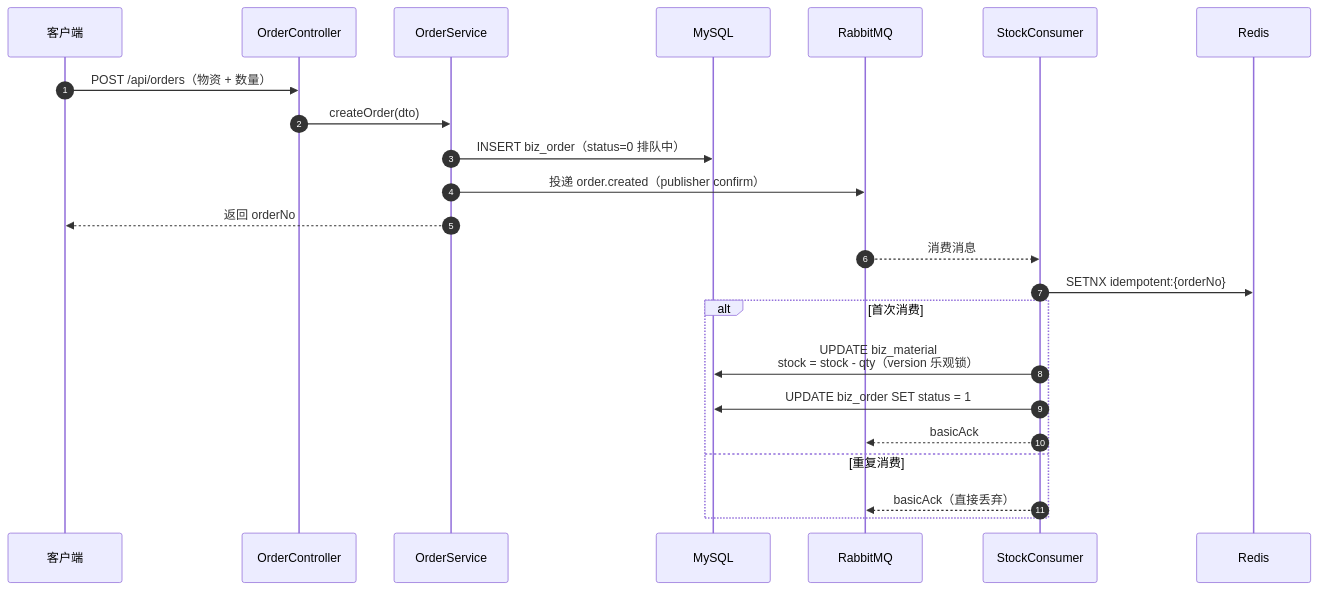
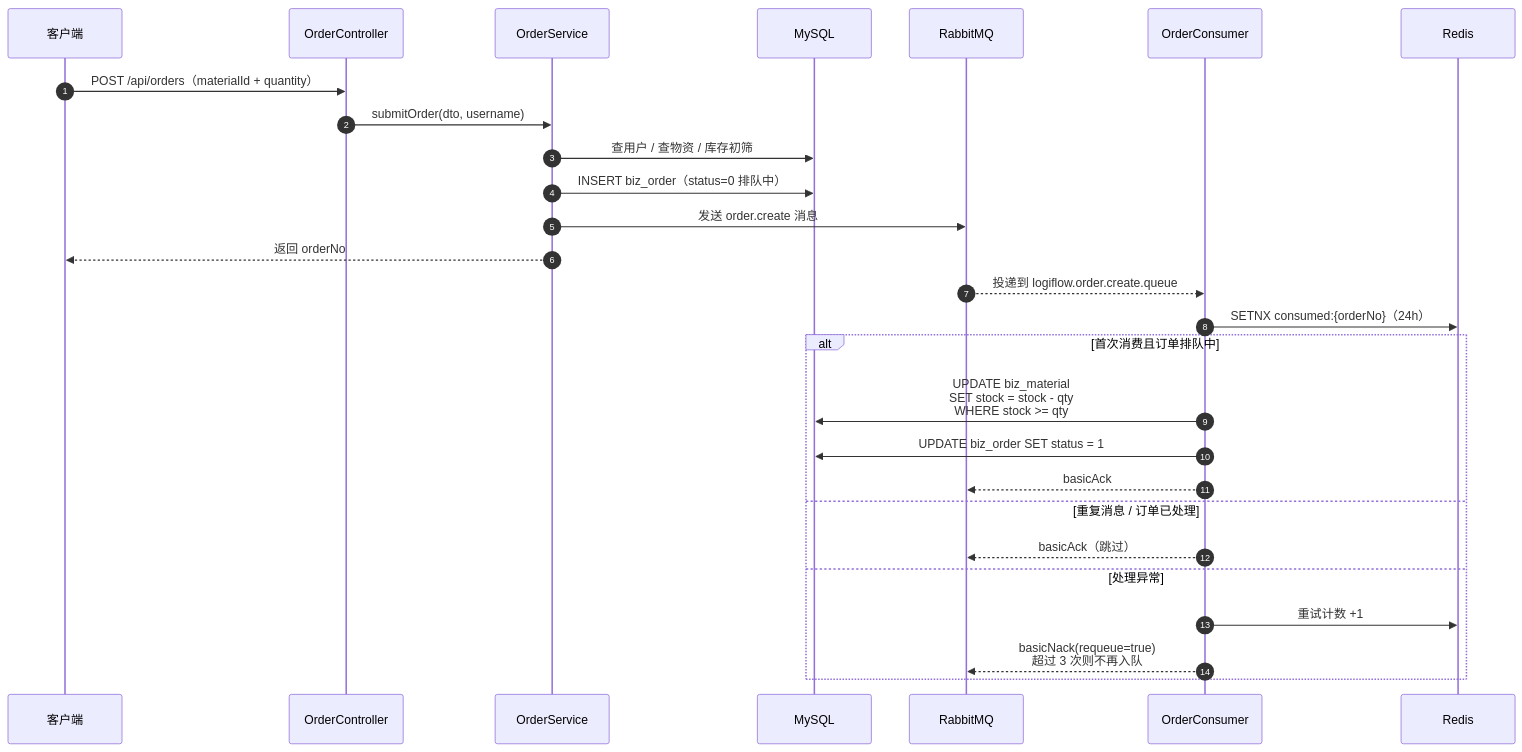
The second of 5 diagrams in README.md (RickShota/logiflow-server), drawn with Mermaid before and after one commit. The commit also changed other lines of this file and 6 other files, not shown here.

````diff
--- a/README.md
+++ b/README.md
@@ -95,26 +93,30 @@
 ```mermaid
 sequenceDiagram
     autonumber
     participant U as 客户端
     participant API as OrderController
     participant SVC as OrderService
     participant DB as MySQL
     participant MQ as RabbitMQ
-    participant CON as StockConsumer
+    participant CON as OrderConsumer
     participant R as Redis
 
-    U->>API: POST /api/orders（物资 + 数量）
-    API->>SVC: createOrder(dto)
+    U->>API: POST /api/orders（materialId + quantity）
+    API->>SVC: submitOrder(dto, username)
+    SVC->>DB: 查用户 / 查物资 / 库存初筛
     SVC->>DB: INSERT biz_order（status=0 排队中）
-    SVC->>MQ: 投递 order.created（publisher confirm）
+    SVC->>MQ: 发送 order.create 消息
     SVC-->>U: 返回 orderNo
-    MQ-->>CON: 消费消息
-    CON->>R: SETNX idempotent:{orderNo}
-    alt 首次消费
-        CON->>DB: UPDATE biz_material<br/>stock = stock - qty（version 乐观锁）
+    MQ-->>CON: 投递到 logiflow.order.create.queue
+    CON->>R: SETNX consumed:{orderNo}（24h）
+    alt 首次消费且订单排队中
+        CON->>DB: UPDATE biz_material<br/>SET stock = stock - qty<br/>WHERE stock >= qty
         CON->>DB: UPDATE biz_order SET status = 1
         CON-->>MQ: basicAck
-    else 重复消费
-        CON-->>MQ: basicAck（直接丢弃）
+    else 重复消息 / 订单已处理
+        CON-->>MQ: basicAck（跳过）
+    else 处理异常
+        CON->>R: 重试计数 +1
+        CON-->>MQ: basicNack(requeue=true)<br/>超过 3 次则不再入队
     end
 ```
````
